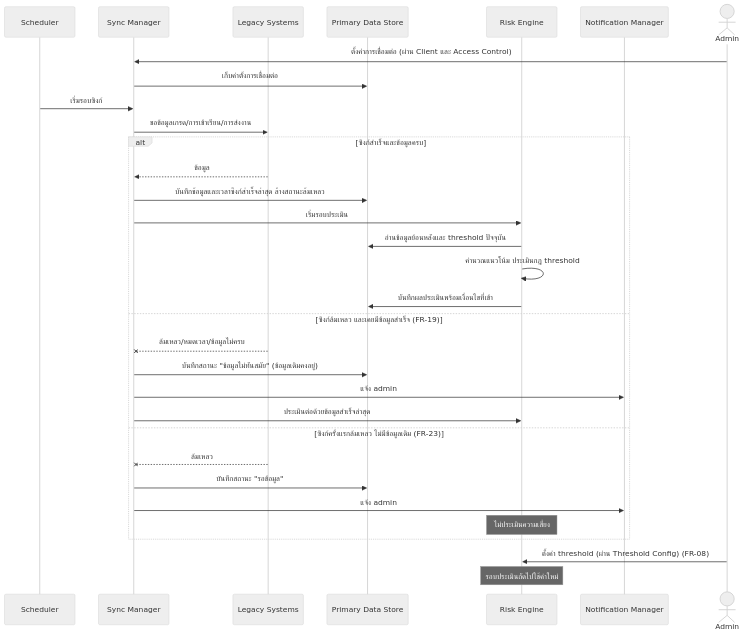
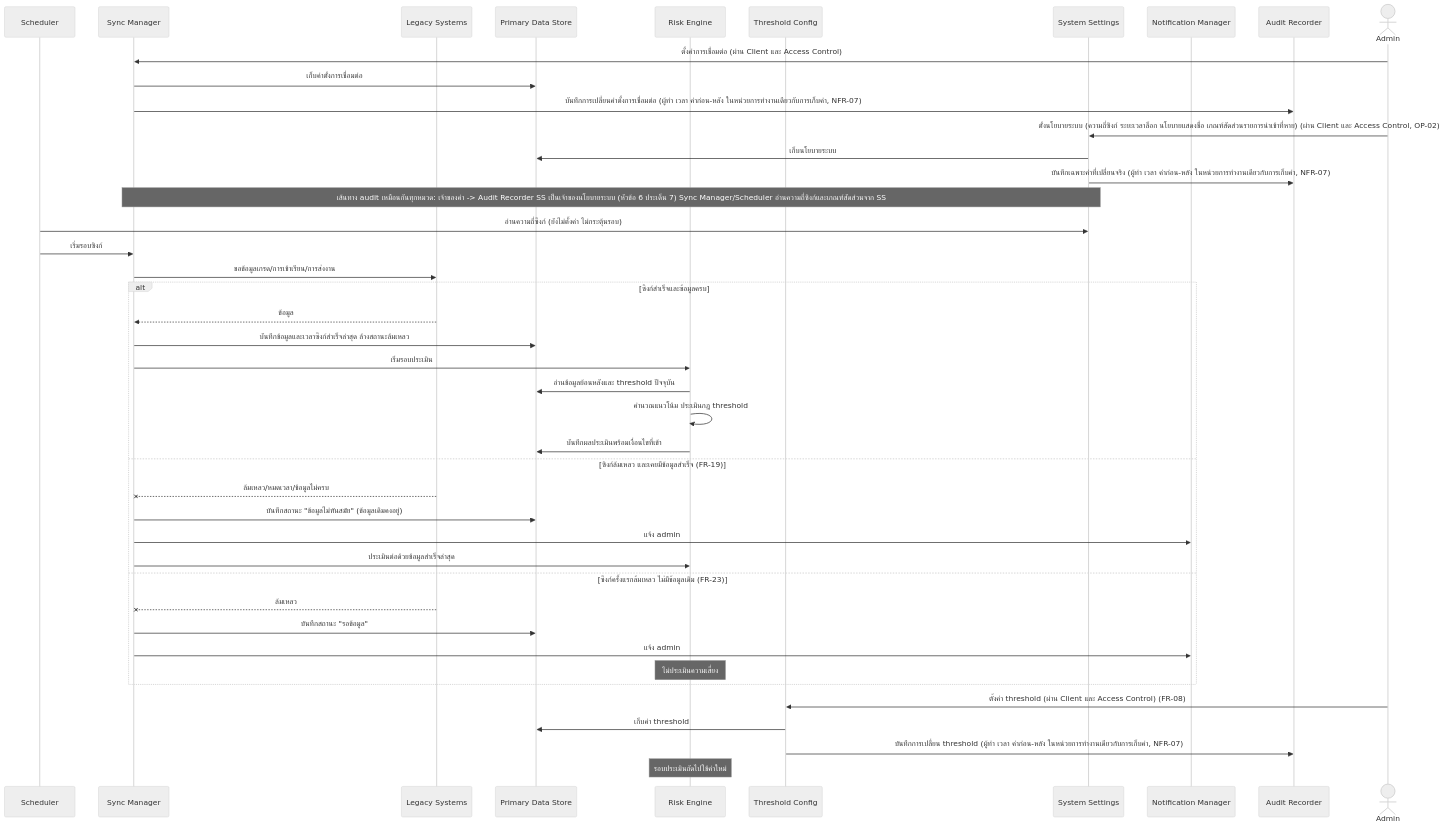
Before and after one commit to PAKOSORUS/Grade-Runway-PROJECT3: the second of 9 diagrams in docs/02-design/02-technical/architecture.md, drawn with Mermaid (neutral theme). The commit also changed other lines of this file and 35 other files, not shown here.

````diff
--- a/docs/02-design/02-technical/architecture.md
+++ b/docs/02-design/02-technical/architecture.md
@@ -114,35 +140,46 @@
 ```mermaid
 sequenceDiagram
     participant SCH as Scheduler
     participant SM as Sync Manager
     participant LS as Legacy Systems
     participant DS as Primary Data Store
     participant RE as Risk Engine
+    participant TC as Threshold Config
+    participant SS as System Settings
     participant NM as Notification Manager
+    participant AR as Audit Recorder
     actor AD as Admin
 
     AD->>SM: ตั้งค่าการเชื่อมต่อ (ผ่าน Client และ Access Control)
     SM->>DS: เก็บค่าตั้งการเชื่อมต่อ
+    SM->>AR: บันทึกการเปลี่ยนค่าตั้งการเชื่อมต่อ (ผู้ทำ เวลา ค่าก่อน-หลัง ในหน่วยการทำงานเดียวกับการเก็บค่า, NFR-07)
+    AD->>SS: ตั้งนโยบายระบบ (ความถี่ซิงก์ ระยะเวลาล็อก นโยบายแสดงชื่อ เกณฑ์สัดส่วนรายการนำเข้าที่หาย) (ผ่าน Client และ Access Control, OP-02)
+    SS->>DS: เก็บนโยบายระบบ
+    SS->>AR: บันทึกเฉพาะค่าที่เปลี่ยนจริง (ผู้ทำ เวลา ค่าก่อน-หลัง ในหน่วยการทำงานเดียวกับการเก็บค่า, NFR-07)
+    Note over SM,SS: เส้นทาง audit เหมือนกันทุกหมวด: เจ้าของค่า -> Audit Recorder SS เป็นเจ้าของนโยบายระบบ (หัวข้อ 6 ประเด็น 7) Sync Manager/Scheduler อ่านความถี่ซิงก์และเกณฑ์สัดส่วนจาก SS
+    SCH->>SS: อ่านความถี่ซิงก์ (ยังไม่ตั้งค่า ไม่กระตุ้นรอบ)
     SCH->>SM: เริ่มรอบซิงก์
     SM->>LS: ขอข้อมูลเกรด/การเข้าเรียน/การส่งงาน
     alt ซิงก์สำเร็จและข้อมูลครบ
         LS-->>SM: ข้อมูล
         SM->>DS: บันทึกข้อมูลและเวลาซิงก์สำเร็จล่าสุด ล้างสถานะล้มเหลว
         SM->>RE: เริ่มรอบประเมิน
         RE->>DS: อ่านข้อมูลย้อนหลังและ threshold ปัจจุบัน
         RE->>RE: คำนวณแนวโน้ม ประเมินกฎ threshold
         RE->>DS: บันทึกผลประเมินพร้อมเงื่อนไขที่เข้า
     else ซิงก์ล้มเหลว และเคยมีข้อมูลสำเร็จ (FR-19)
         LS--xSM: ล้มเหลว/หมดเวลา/ข้อมูลไม่ครบ
         SM->>DS: บันทึกสถานะ "ข้อมูลไม่ทันสมัย" (ข้อมูลเดิมคงอยู่)
         SM->>NM: แจ้ง admin
         SM->>RE: ประเมินต่อด้วยข้อมูลสำเร็จล่าสุด
     else ซิงก์ครั้งแรกล้มเหลว ไม่มีข้อมูลเดิม (FR-23)
         LS--xSM: ล้มเหลว
         SM->>DS: บันทึกสถานะ "รอข้อมูล"
         SM->>NM: แจ้ง admin
         Note over RE: ไม่ประเมินความเสี่ยง
     end
-    AD->>RE: ตั้งค่า threshold (ผ่าน Threshold Config) (FR-08)
+    AD->>TC: ตั้งค่า threshold (ผ่าน Client และ Access Control) (FR-08)
+    TC->>DS: เก็บค่า threshold
+    TC->>AR: บันทึกการเปลี่ยน threshold (ผู้ทำ เวลา ค่าก่อน-หลัง ในหน่วยการทำงานเดียวกับการเก็บค่า, NFR-07)
     Note over RE: รอบประเมินถัดไปใช้ค่าใหม่
 ```
````
